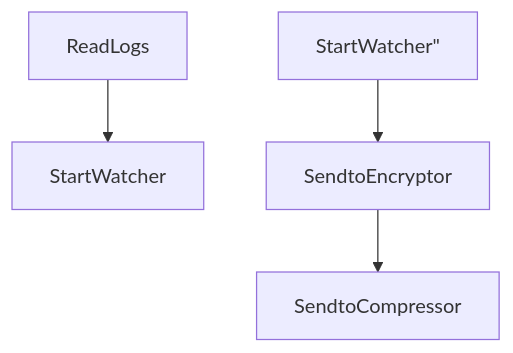
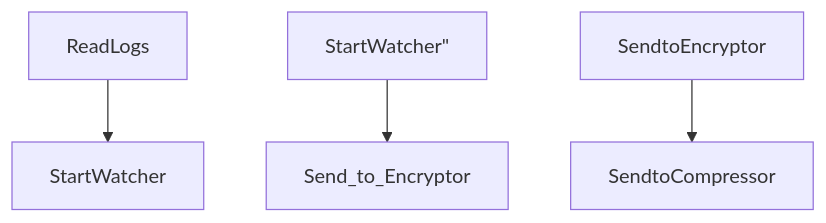
The diagram in docs/README.md (endepointe/watchlog), drawn with Mermaid before and after one commit.

Commit message:
trying out readme flowchart

````diff
--- a/docs/README.md
+++ b/docs/README.md
@@ -84,6 +84,6 @@
 ```mermaid
 graph TD;
     ReadLogs-->StartWatcher;
-    StartWatcher"-->SendtoEncryptor;
+    StartWatcher"-->Send_to_Encryptor;
     SendtoEncryptor-->SendtoCompressor;
 ``` 
````
